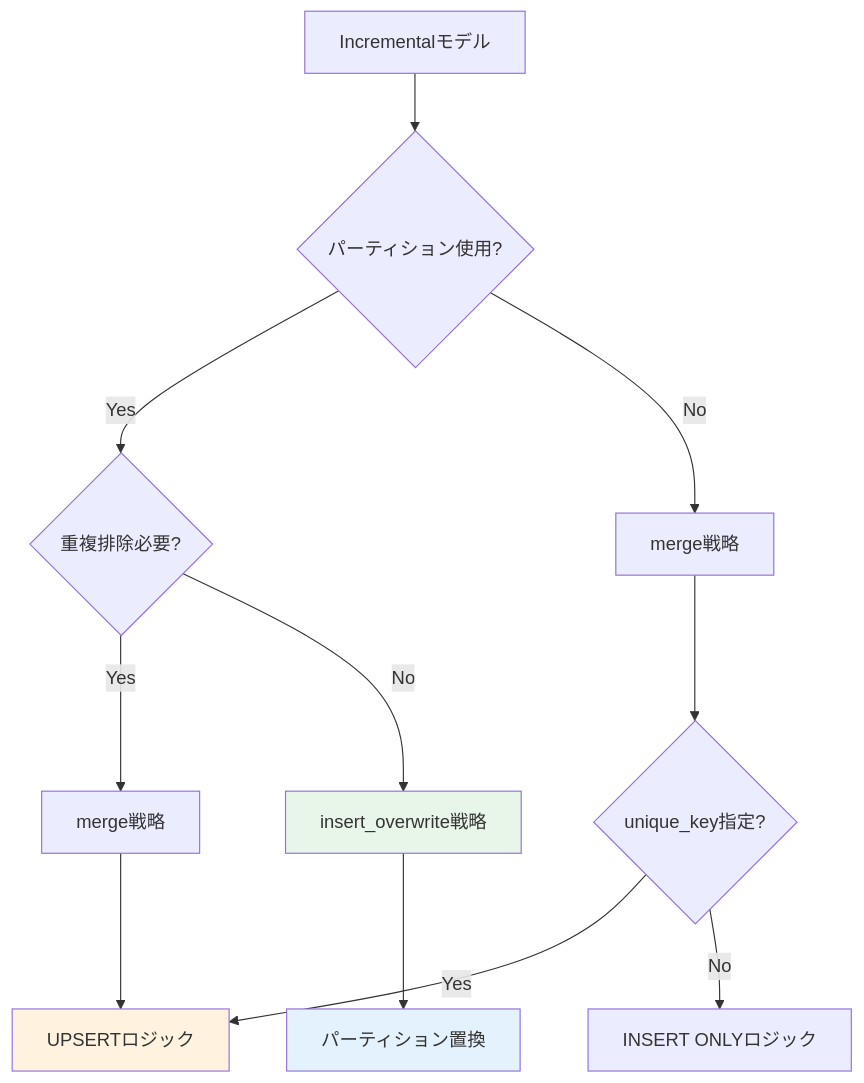
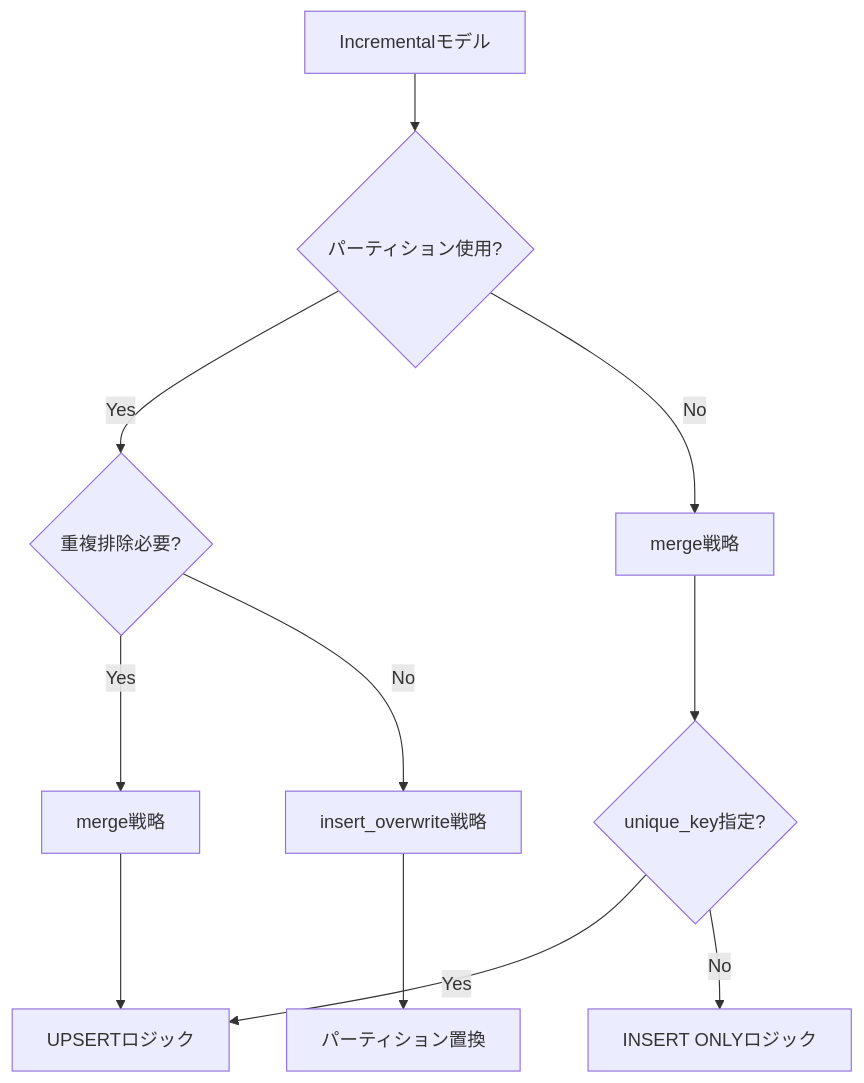
Before and after one commit to 1210yuichi0/1210yuichi0.github.io: the ninth of 12 diagrams in content/Tech/dbt/categories/performance-optimization.md, drawn with Mermaid. The commit also changed other lines of this file and 22 other files, not shown here.

First line of the commit message:
style: remove Mermaid style directives for dark mode compatibility

````diff
--- a/content/Tech/dbt/categories/performance-optimization.md
+++ b/content/Tech/dbt/categories/performance-optimization.md
@@ -1044,20 +1018,17 @@
 ```mermaid
 flowchart TD
     A[Incrementalモデル] --> B{パーティション使用?}
     B -->|Yes| C{重複排除必要?}
     B -->|No| D[merge戦略]
 
     C -->|Yes| E[merge戦略]
     C -->|No| F[insert_overwrite戦略]
 
     D --> G{unique_key指定?}
     G -->|Yes| H[UPSERTロジック]
     G -->|No| I[INSERT ONLYロジック]
 
     F --> J[パーティション置換]
     E --> H
 
-    style F fill:#e8f5e9
-    style H fill:#fff3e0
-    style J fill:#e3f2fd
 ```
````
